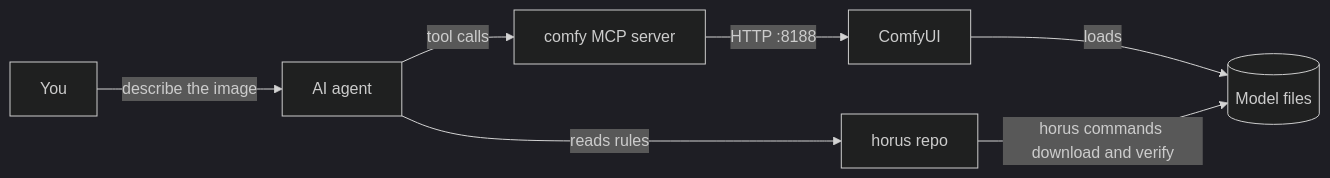
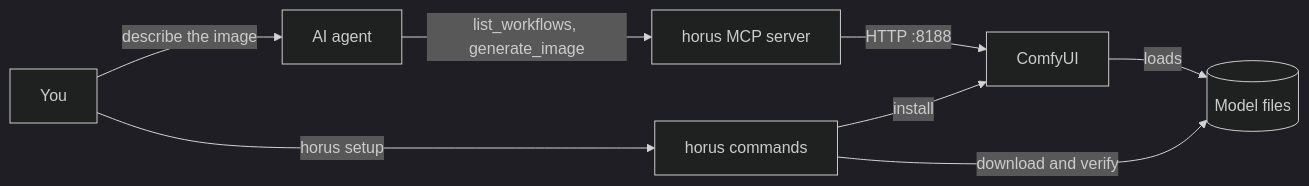
The first of 2 diagrams in README.md (hieplam/horus), drawn with Mermaid (dark theme) before and after one commit. The commit also changed other lines of this file and 10 other files, not shown here.

First line of the commit message:
docs: make every diagram and instruction match the current design (#173)

````diff
--- a/README.md
+++ b/README.md
@@ -135,9 +139,10 @@
 ```mermaid
 flowchart LR
   you[You] -->|describe the image| agent[AI agent]
-  agent -->|reads rules| repo[horus repo]
-  agent -->|tool calls| mcp[comfy MCP server]
+  you -->|horus setup| cli[horus commands]
+  agent -->|list_workflows, generate_image| mcp[horus MCP server]
   mcp -->|HTTP :8188| comfy[ComfyUI]
-  comfy -->|loads| models[(Model files)]
-  repo -->|horus commands download and verify| models
+  cli -->|install| comfy
+  cli -->|download and verify| models[(Model files)]
+  comfy -->|loads| models
 ```
````
